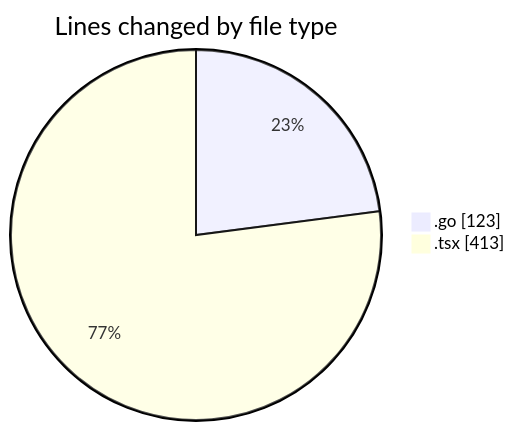
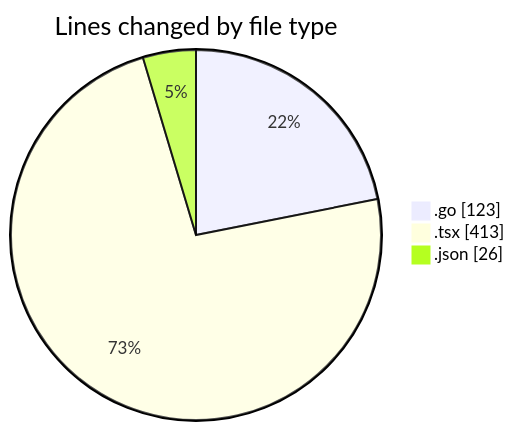
The first of 2 diagrams in 2025-03-03/termonied_testador/README.md (robertbonfada/code-tracking), drawn with Mermaid before and after one commit. The commit also changed other lines of this file and 1 other file, not shown here.

````diff
--- a/2025-03-03/termonied_testador/README.md
+++ b/2025-03-03/termonied_testador/README.md
@@ -21,6 +22,7 @@
 ```mermaid
 pie showData
 title Lines changed by file type
 ".go" : 123
 ".tsx" : 413
+".json" : 26
 ```
````
